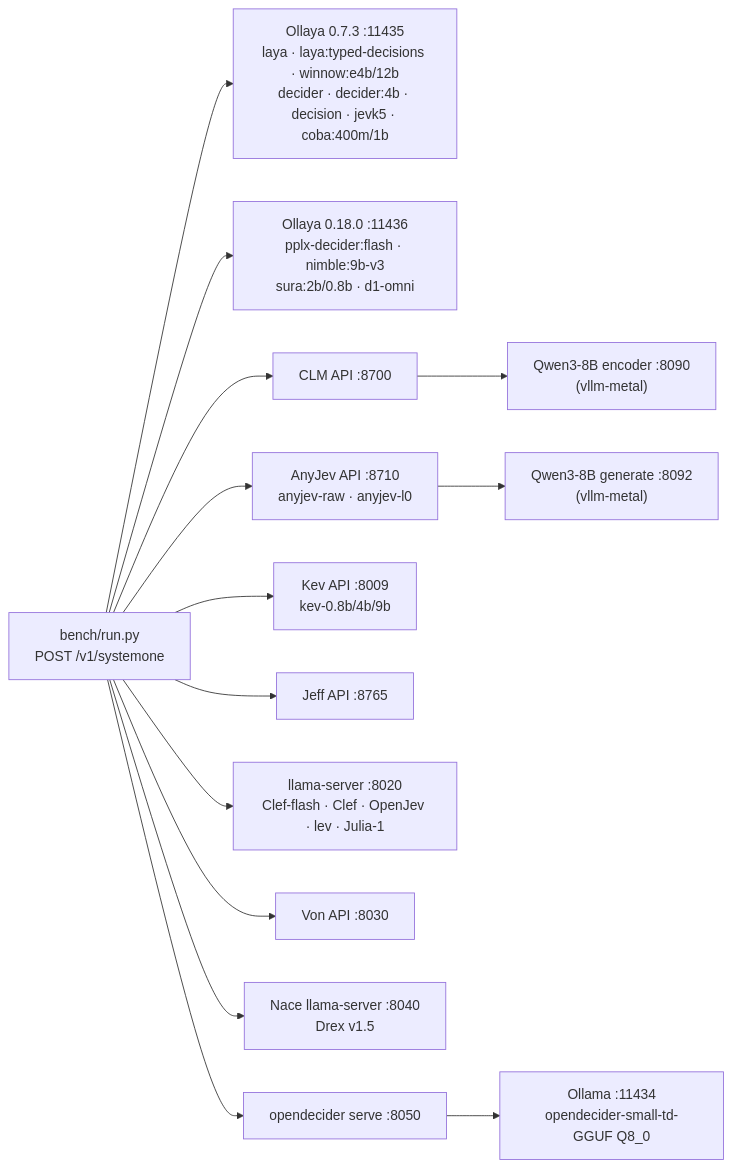
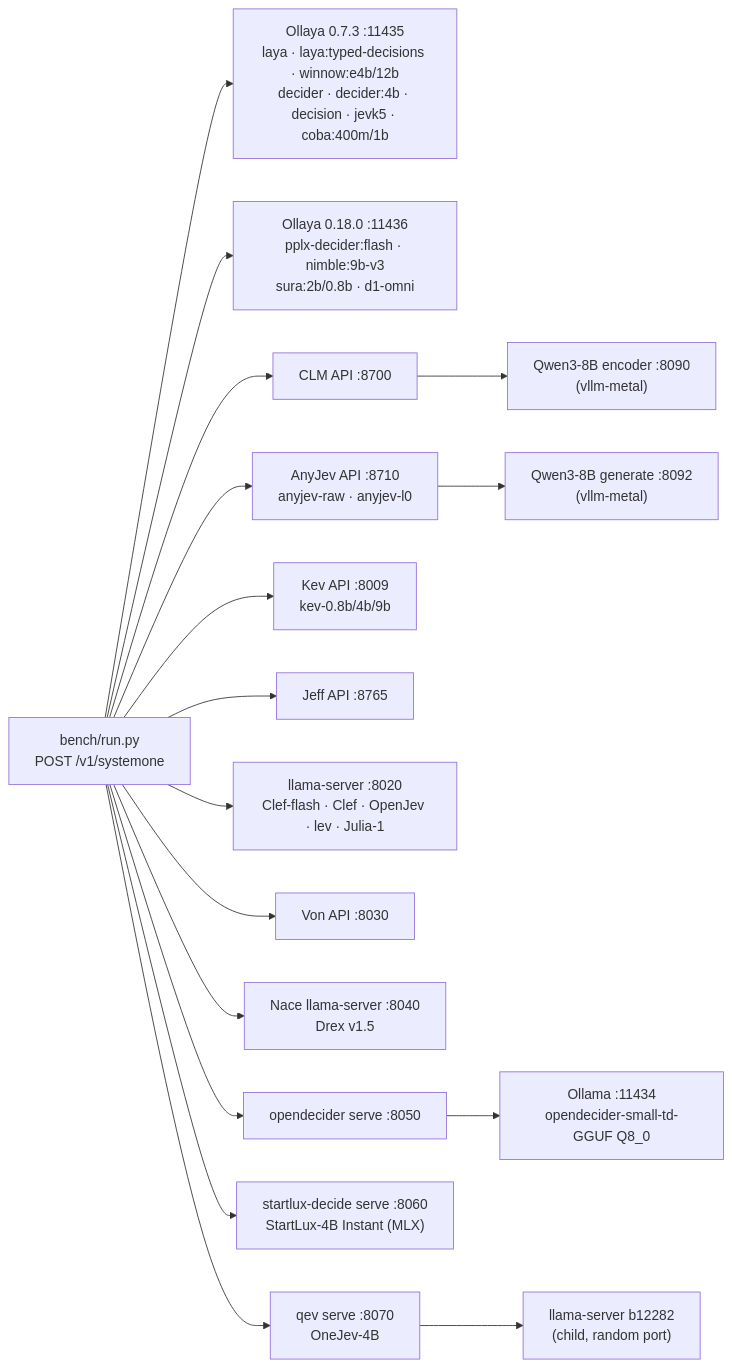
The diagram in README.md (tak-bro/local-jev-bench), drawn with Mermaid before and after one commit. The commit also changed other lines of this file and 30 other files, not shown here.

First line of the commit message:
feat(bench): add StartLux-4B and OneJev-4B engines (#27)

````diff
--- a/README.md
+++ b/README.md
@@ -231,19 +256,22 @@
 ```mermaid
 flowchart LR
     client["bench/run.py<br/>POST /v1/systemone"]
 
     client --> ollaya1["Ollaya 0.7.3 :11435<br/>laya · laya:typed-decisions · winnow:e4b/12b<br/>decider · decider:4b · decision · jevk5 · coba:400m/1b"]
     client --> ollaya2["Ollaya 0.18.0 :11436<br/>pplx-decider:flash · nimble:9b-v3<br/>sura:2b/0.8b · d1-omni"]
     client --> clmapi["CLM API :8700"]
     client --> anyjevapi["AnyJev API :8710<br/>anyjev-raw · anyjev-l0"]
     client --> kevapi["Kev API :8009<br/>kev-0.8b/4b/9b"]
     client --> jeffapi["Jeff API :8765"]
     client --> llama["llama-server :8020<br/>Clef-flash · Clef · OpenJev · lev · Julia-1"]
     client --> vonapi["Von API :8030"]
     client --> drexapi["Nace llama-server :8040<br/>Drex v1.5"]
     client --> odapi["opendecider serve :8050"]
+    client --> slapi["startlux-decide serve :8060<br/>StartLux-4B Instant (MLX)"]
+    client --> qevapi["qev serve :8070<br/>OneJev-4B"]
 
     clmapi --> embed8090["Qwen3-8B encoder :8090<br/>(vllm-metal)"]
     anyjevapi --> gen8092["Qwen3-8B generate :8092<br/>(vllm-metal)"]
+    qevapi --> qevllama["llama-server b12282<br/>(child, random port)"]
     odapi --> ollama["Ollama :11434<br/>opendecider-small-td-GGUF Q8_0"]
 ```
````
